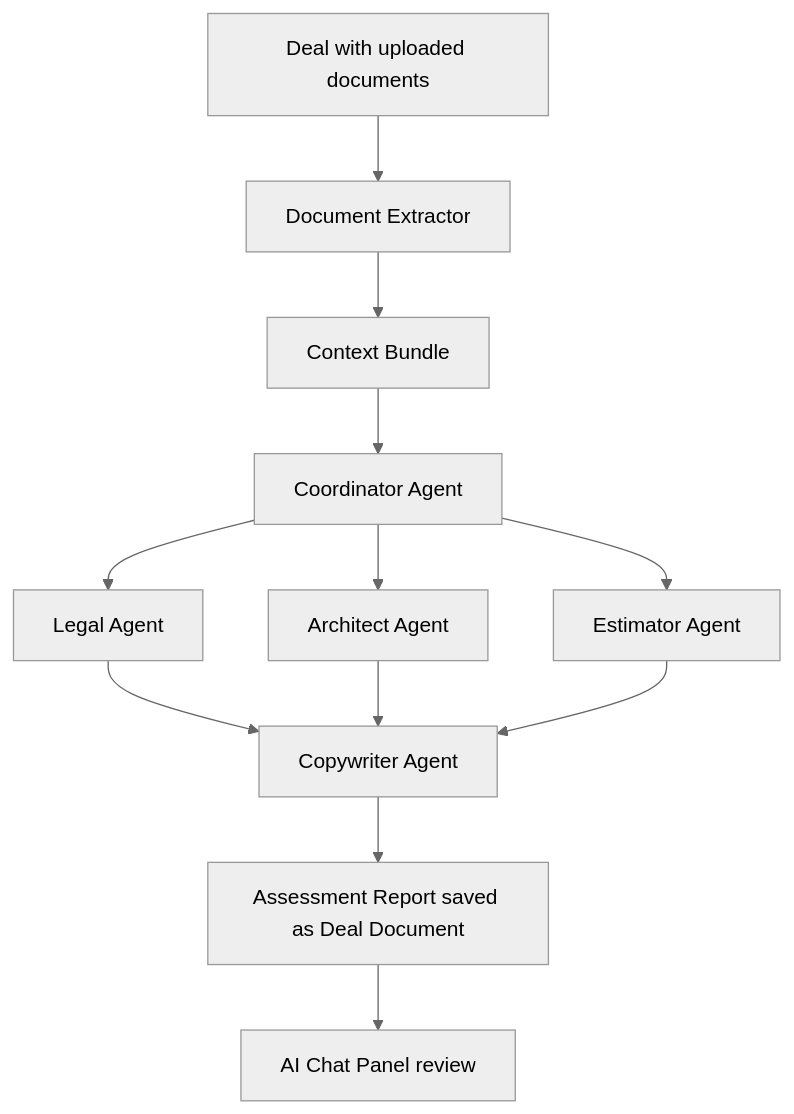
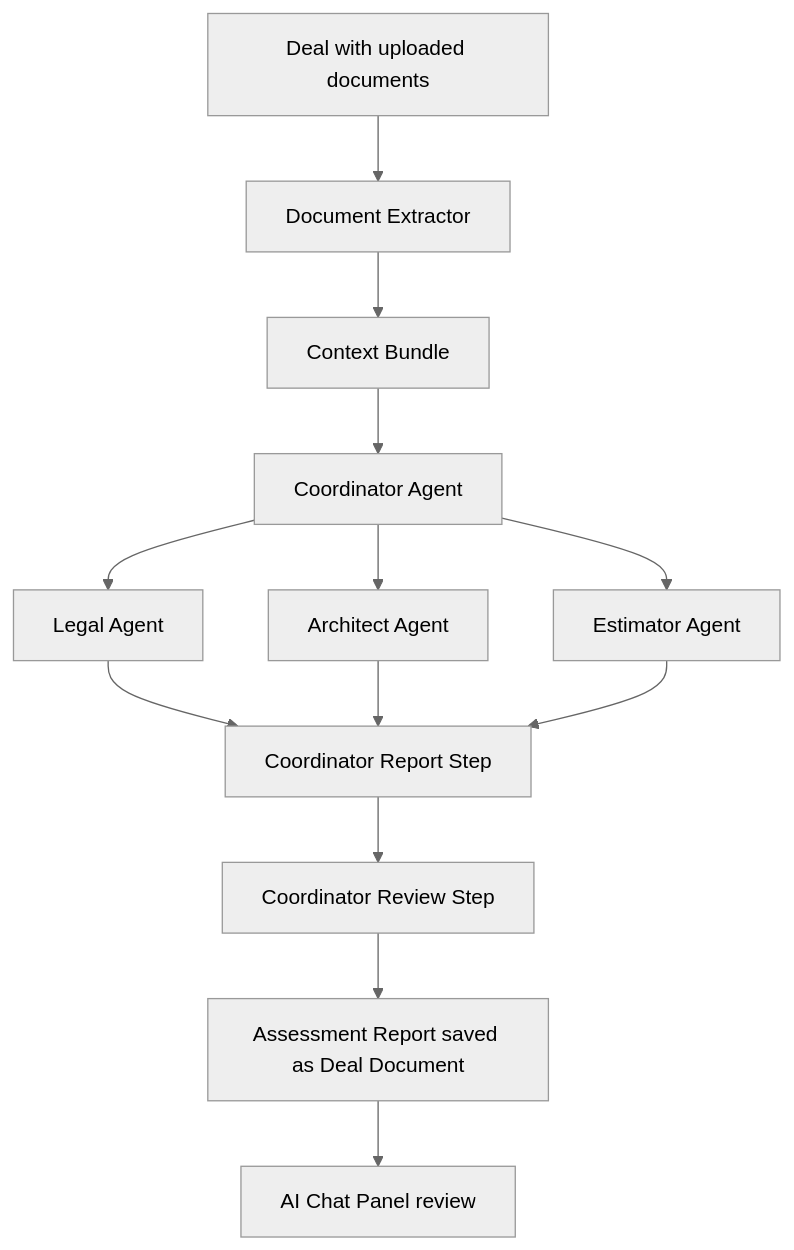
The diagram in README.md (zc84/RFPulse), drawn with Mermaid (neutral theme) before and after one commit. The commit also changed other lines of this file and 10 other files, not shown here.

Commit message:
feat: coordinator review improvements — submission requirements section + review step optimisation

````diff
--- a/README.md
+++ b/README.md
@@ -60,14 +59,15 @@
 ```mermaid
 flowchart TD
     A[Deal with uploaded documents] --> B[Document Extractor]
     B --> C[Context Bundle]
     C --> D[Coordinator Agent]
     D --> E[Legal Agent]
     D --> F[Architect Agent]
     D --> G[Estimator Agent]
-    E --> H[Copywriter Agent]
+    E --> H[Coordinator Report Step]
     F --> H
     G --> H
-    H --> I[Assessment Report saved as Deal Document]
-    I --> J[AI Chat Panel review]
+    H --> I[Coordinator Review Step]
+    I --> J[Assessment Report saved as Deal Document]
+    J --> K[AI Chat Panel review]
 ```
````
